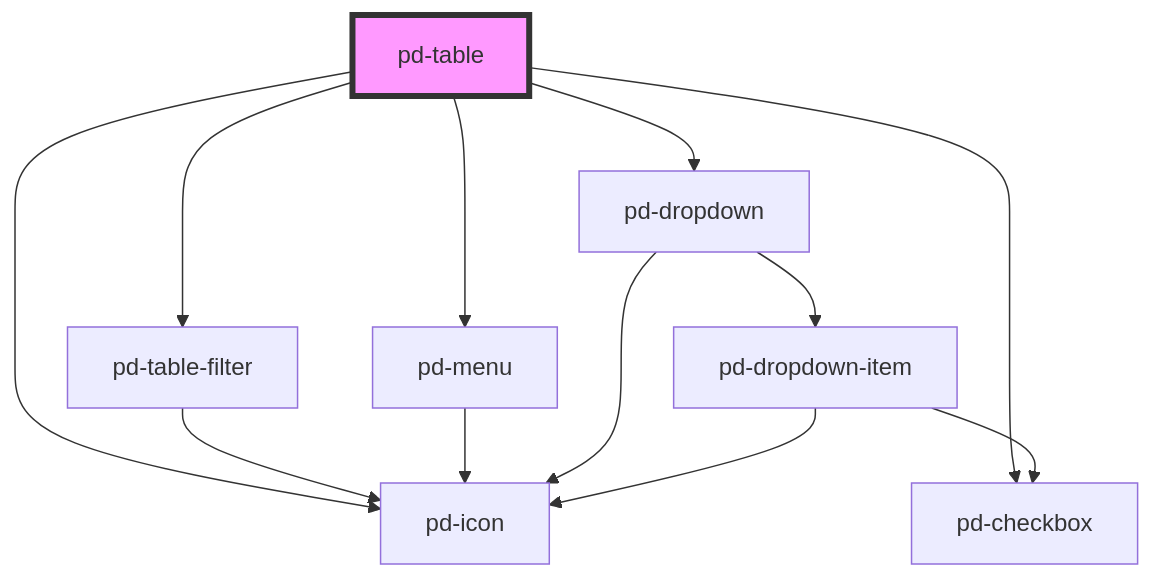
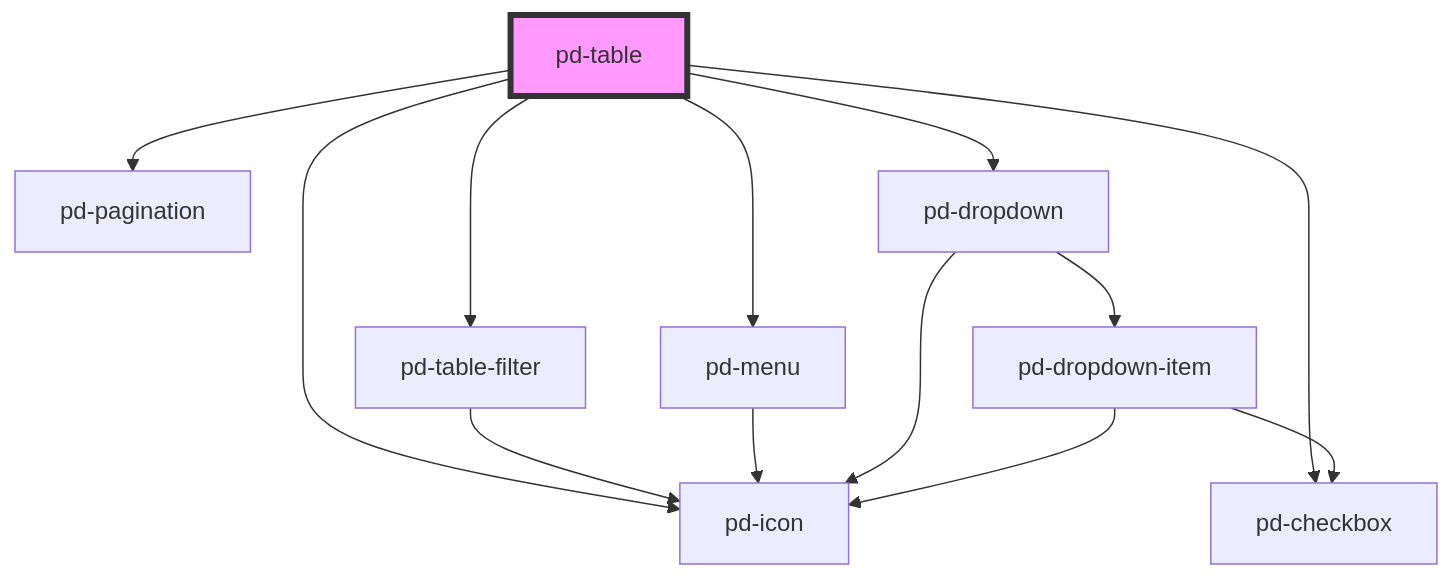
The diagram in packages/core/src/components/pd-table/readme.md (Begasoft-AG/parlamentsdienste-components), drawn with Mermaid before and after one commit. The commit also changed other lines of this file and 14 other files, not shown here.

````diff
--- a/packages/core/src/components/pd-table/readme.md
+++ b/packages/core/src/components/pd-table/readme.md
@@ -280,15 +281,16 @@
 ```mermaid
 graph TD;
   pd-table --> pd-table-filter
   pd-table --> pd-menu
   pd-table --> pd-checkbox
   pd-table --> pd-icon
+  pd-table --> pd-pagination
   pd-table --> pd-dropdown
   pd-table-filter --> pd-icon
   pd-menu --> pd-icon
   pd-dropdown --> pd-icon
   pd-dropdown --> pd-dropdown-item
   pd-dropdown-item --> pd-checkbox
   pd-dropdown-item --> pd-icon
   style pd-table fill:#f9f,stroke:#333,stroke-width:4px
 ```
````
